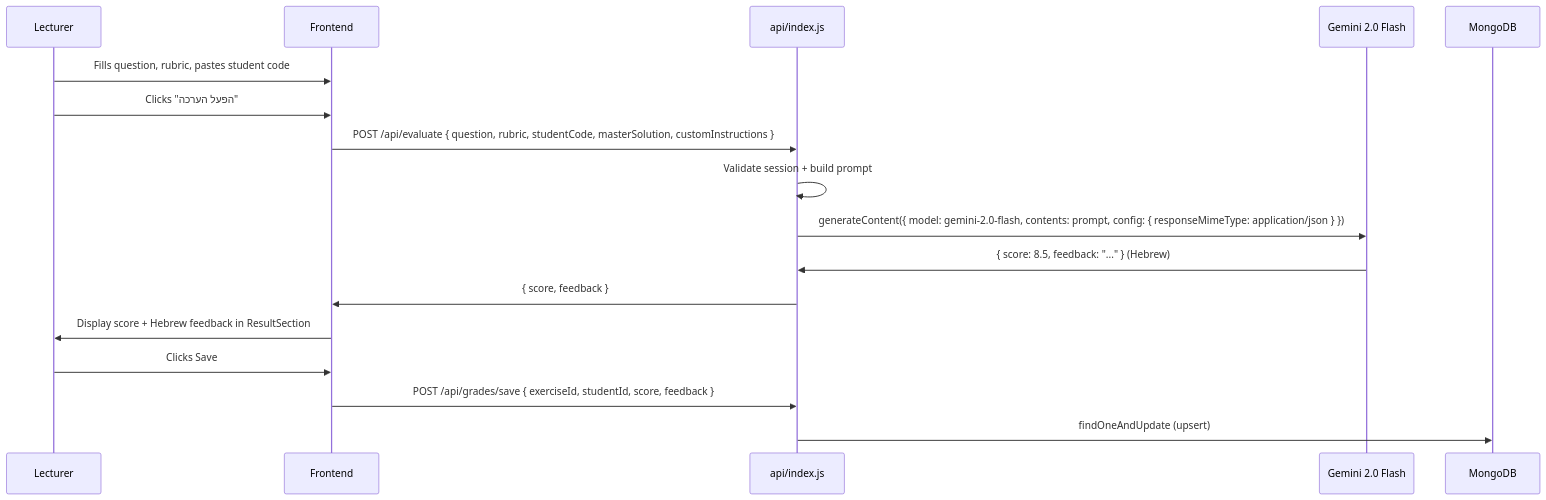
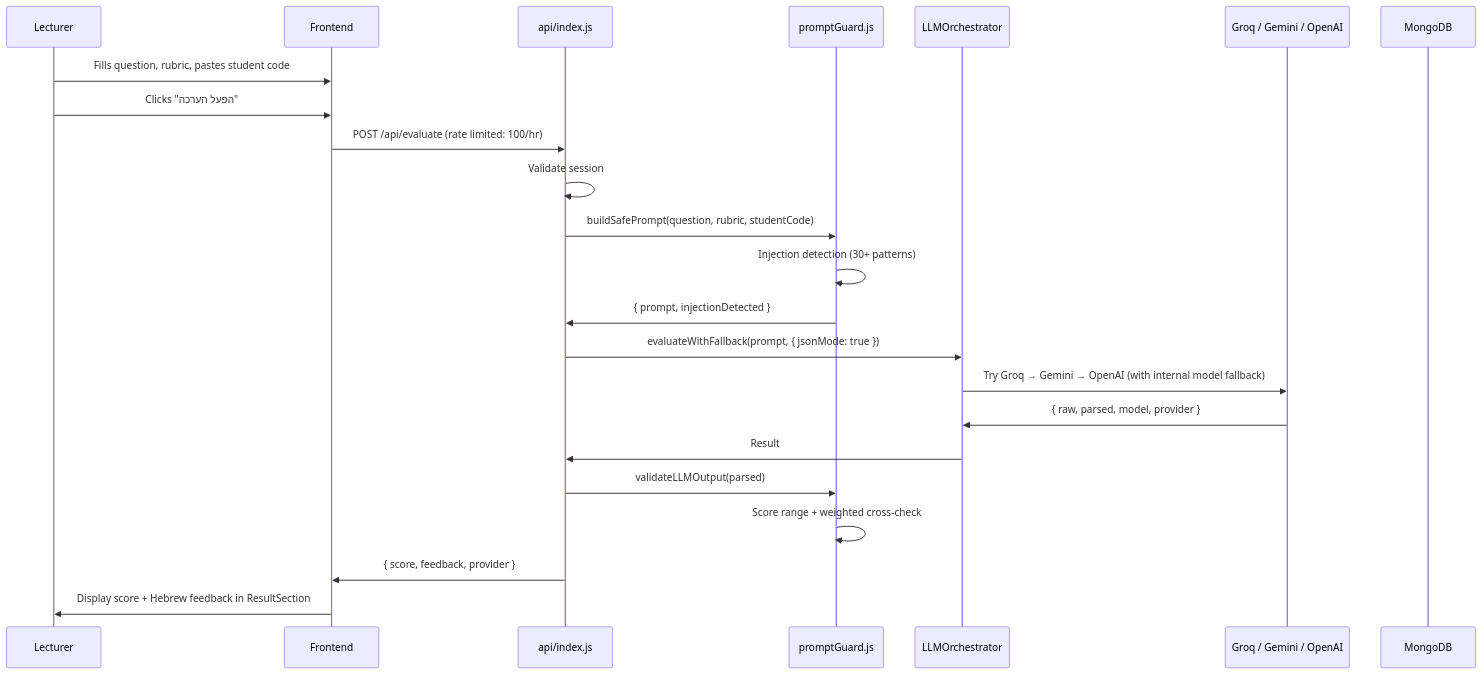
Before and after one commit to Oratias07/CHAM-Agent: the second of 5 diagrams in ARCHITECTURE.md, drawn with Mermaid. The commit also changed other lines of this file and 24 other files, not shown here.

````diff
--- a/ARCHITECTURE.md
+++ b/ARCHITECTURE.md
@@ -104,20 +129,26 @@
 ```mermaid
 sequenceDiagram
     participant Lecturer
     participant Frontend
     participant Backend as api/index.js
-    participant Gemini as Gemini 2.0 Flash
+    participant Guard as promptGuard.js
+    participant Orch as LLMOrchestrator
+    participant LLM as Groq / Gemini / OpenAI
     participant MongoDB
 
     Lecturer->>Frontend: Fills question, rubric, pastes student code
     Lecturer->>Frontend: Clicks "הפעל הערכה"
-    Frontend->>Backend: POST /api/evaluate { question, rubric, studentCode, masterSolution, customInstructions }
-    Backend->>Backend: Validate session + build prompt
-    Backend->>Gemini: generateContent({ model: gemini-2.0-flash, contents: prompt, config: { responseMimeType: application/json } })
-    Gemini->>Backend: { score: 8.5, feedback: "..." } (Hebrew)
-    Backend->>Frontend: { score, feedback }
+    Frontend->>Backend: POST /api/evaluate (rate limited: 100/hr)
+    Backend->>Backend: Validate session
+    Backend->>Guard: buildSafePrompt(question, rubric, studentCode)
+    Guard->>Guard: Injection detection (30+ patterns)
+    Guard->>Backend: { prompt, injectionDetected }
+    Backend->>Orch: evaluateWithFallback(prompt, { jsonMode: true })
+    Orch->>LLM: Try Groq → Gemini → OpenAI (with internal model fallback)
+    LLM->>Orch: { raw, parsed, model, provider }
+    Orch->>Backend: Result
+    Backend->>Guard: validateLLMOutput(parsed)
+    Guard->>Guard: Score range + weighted cross-check
+    Backend->>Frontend: { score, feedback, provider }
     Frontend->>Lecturer: Display score + Hebrew feedback in ResultSection
-    Lecturer->>Frontend: Clicks Save
-    Frontend->>Backend: POST /api/grades/save { exerciseId, studentId, score, feedback }
-    Backend->>MongoDB: findOneAndUpdate (upsert)
 ```
````
